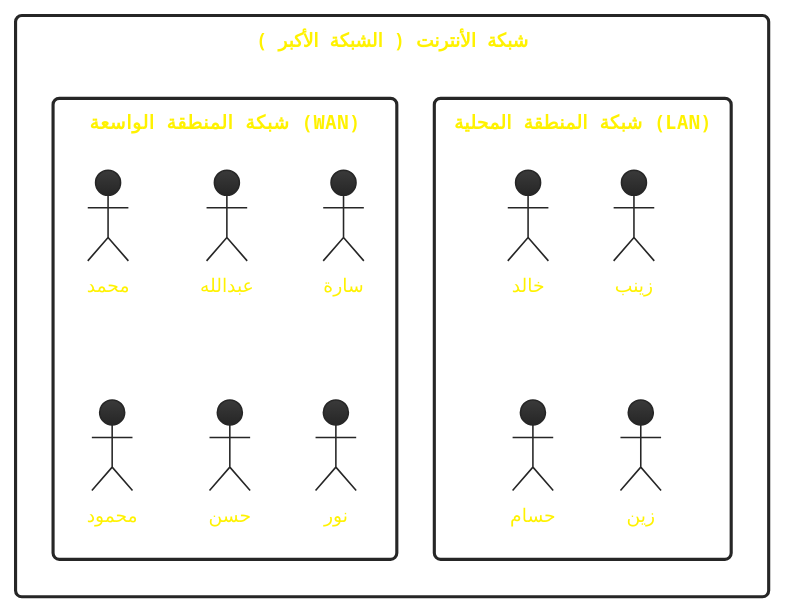
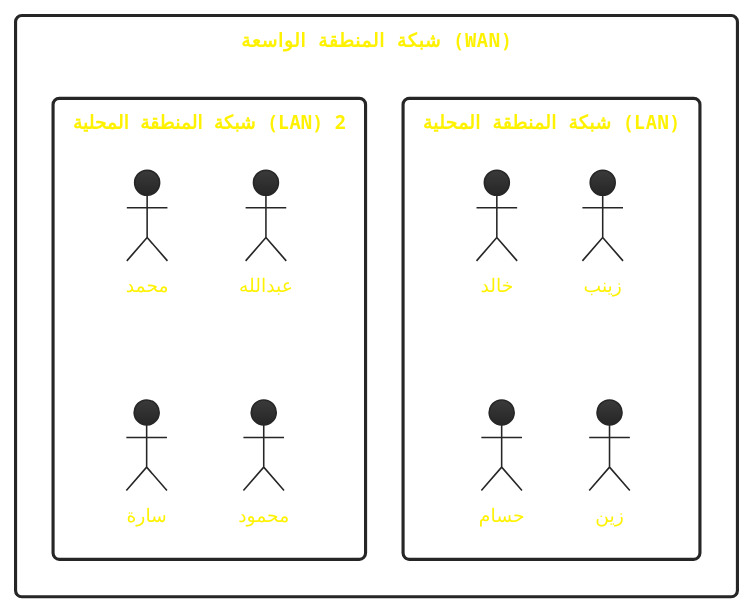
Before and after one commit to Gruce/ElitesCourses: the second of 3 diagrams in Web Basics/slidev/slides.md, drawn with PlantUML. The commit also changed other lines of this file and 5 other files, not shown here.

````diff
--- a/Web Basics/slidev/slides.md
+++ b/Web Basics/slidev/slides.md
@@ -77,24 +91,18 @@
 ```plantuml
-@startuml
 !theme black-knight
 skinparam DefaultFontName system-ui
-rectangle "شبكة الأنترنت ( الشبكة الأكبر )" {
+rectangle "شبكة المنطقة الواسعة (WAN)" {
   rectangle "شبكة المنطقة المحلية (LAN)" {
     "خالد"
     "زينب"
     "حسام"
     "زين"
   }
-  
-  rectangle "شبكة المنطقة الواسعة (WAN)" {
+  rectangle "شبكة المنطقة المحلية (LAN) 2" {
     "محمد"
     "عبدالله"
     "سارة"
     "محمود"
-    "حسن"
-    "نور"
   }
 }
-
-@enduml
 ```
````
